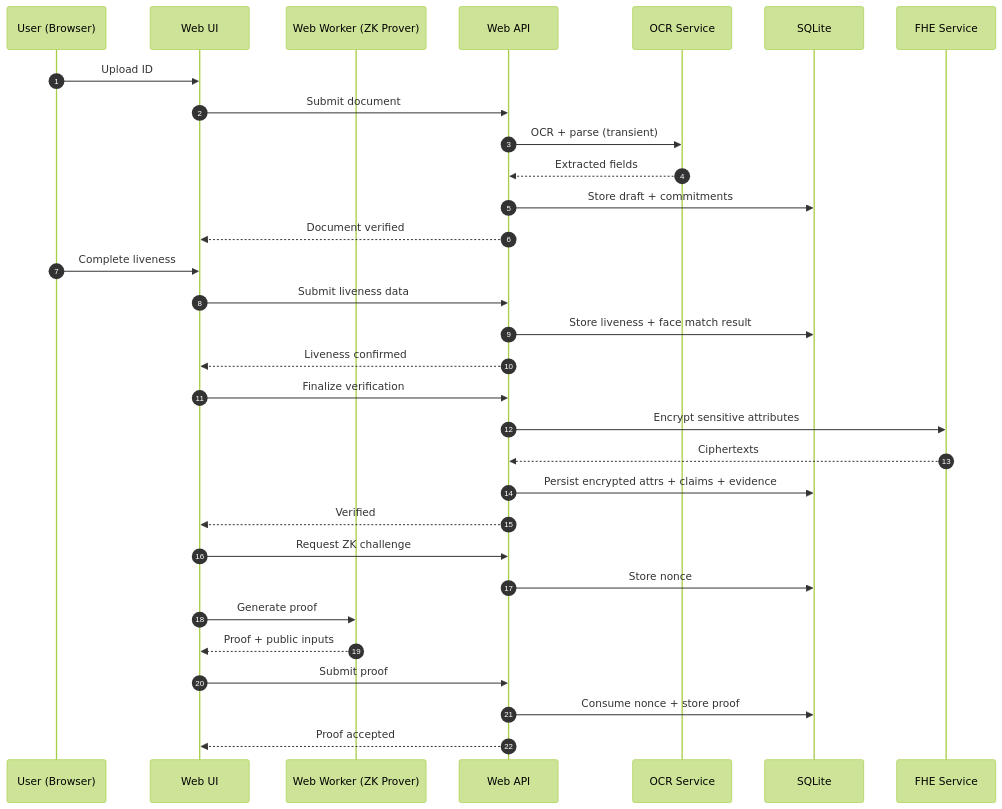
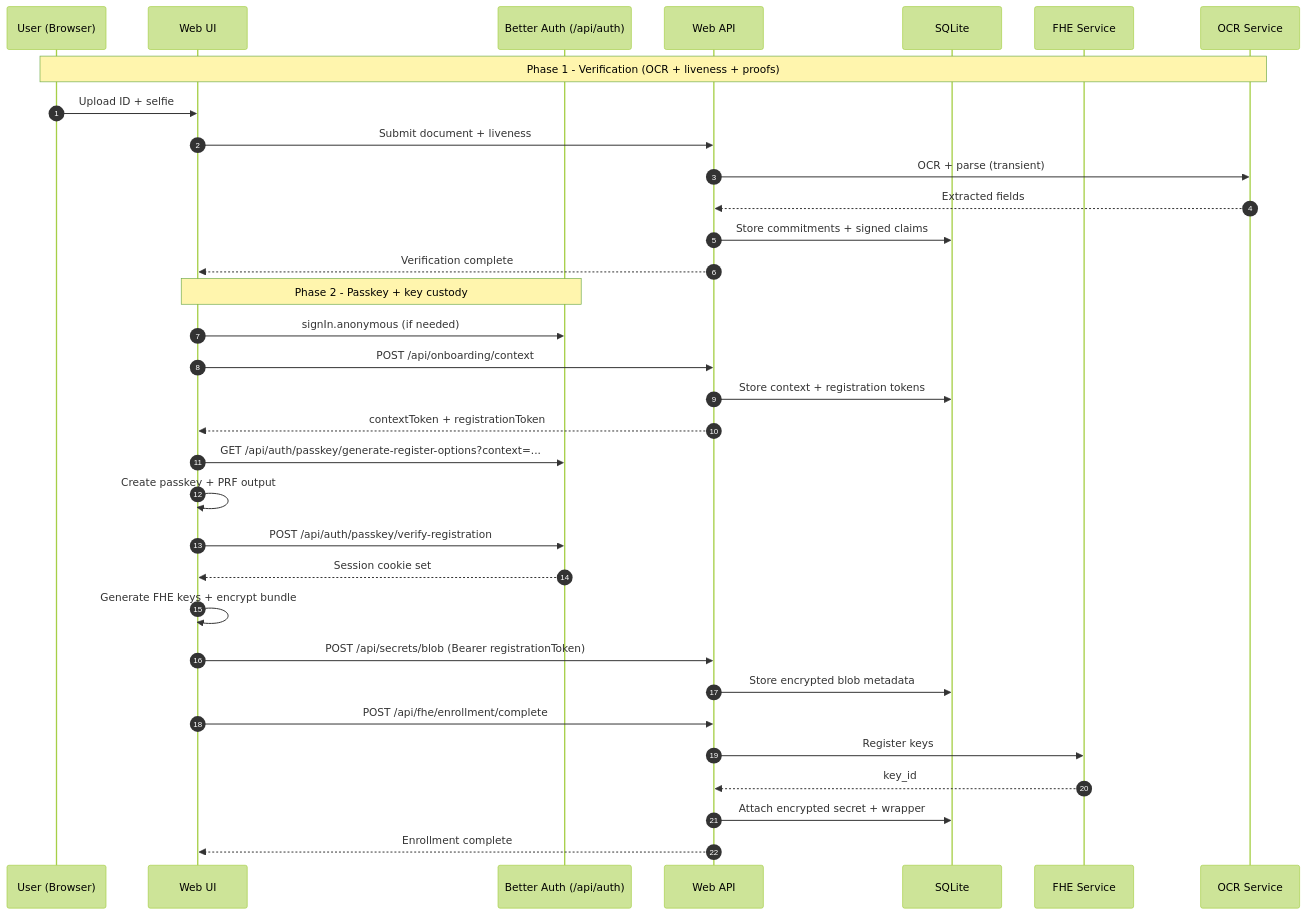
One commit to gustavovalverde/zentity changed the second of 3 diagrams in docs/architecture.md. Above: the diagram before and after it, drawn with Mermaid (forest theme). The commit also changed other lines of this file and 84 other files, not shown here.

First line of the commit message:
refactor(web): integrate better-auth auth + oauth

````diff
--- a/docs/architecture.md
+++ b/docs/architecture.md
@@ -119,37 +119,40 @@
 ```mermaid
 sequenceDiagram
   autonumber
   participant U as User (Browser)
   participant UI as Web UI
-  participant W as Web Worker (ZK Prover)
+  participant AUTH as Better Auth (/api/auth)
   participant API as Web API
-  participant OCR as OCR Service
   participant DB as SQLite
   participant FHE as FHE Service
+  participant OCR as OCR Service
 
-  U->>UI: Upload ID
-  UI->>API: Submit document
+  Note over U,OCR: Phase 1 - Verification (OCR + liveness + proofs)
+  U->>UI: Upload ID + selfie
+  UI->>API: Submit document + liveness
   API->>OCR: OCR + parse (transient)
   OCR-->>API: Extracted fields
-  API->>DB: Store draft + commitments
-  API-->>UI: Document verified
+  API->>DB: Store commitments + signed claims
+  API-->>UI: Verification complete
 
-  U->>UI: Complete liveness
-  UI->>API: Submit liveness data
-  API->>DB: Store liveness + face match result
-  API-->>UI: Liveness confirmed
+  Note over UI,AUTH: Phase 2 - Passkey + key custody
+  UI->>AUTH: signIn.anonymous (if needed)
+  UI->>API: POST /api/onboarding/context
+  API->>DB: Store context + registration tokens
+  API-->>UI: contextToken + registrationToken
 
-  UI->>API: Finalize verification
-  API->>FHE: Encrypt sensitive attributes
-  FHE-->>API: Ciphertexts
-  API->>DB: Persist encrypted attrs + claims + evidence
-  API-->>UI: Verified
+  UI->>AUTH: GET /api/auth/passkey/generate-register-options?context=...
+  UI->>UI: Create passkey + PRF output
+  UI->>AUTH: POST /api/auth/passkey/verify-registration
+  AUTH-->>UI: Session cookie set
 
-  UI->>API: Request ZK challenge
-  API->>DB: Store nonce
-  UI->>W: Generate proof
-  W-->>UI: Proof + public inputs
-  UI->>API: Submit proof
-  API->>DB: Consume nonce + store proof
-  API-->>UI: Proof accepted
+  UI->>UI: Generate FHE keys + encrypt bundle
+  UI->>API: POST /api/secrets/blob (Bearer registrationToken)
+  API->>DB: Store encrypted blob metadata
+
+  UI->>API: POST /api/fhe/enrollment/complete
+  API->>FHE: Register keys
+  FHE-->>API: key_id
+  API->>DB: Attach encrypted secret + wrapper
+  API-->>UI: Enrollment complete
 ```
````
